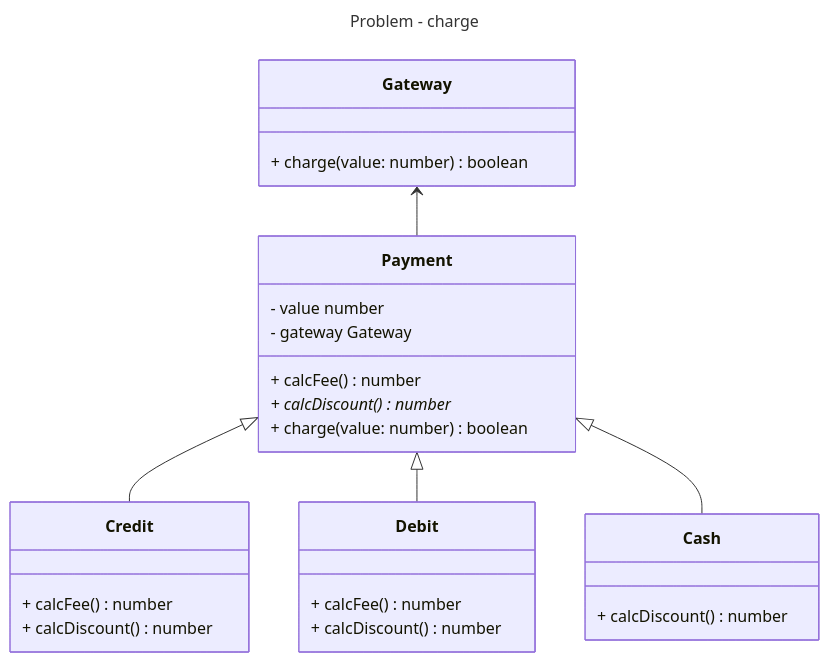
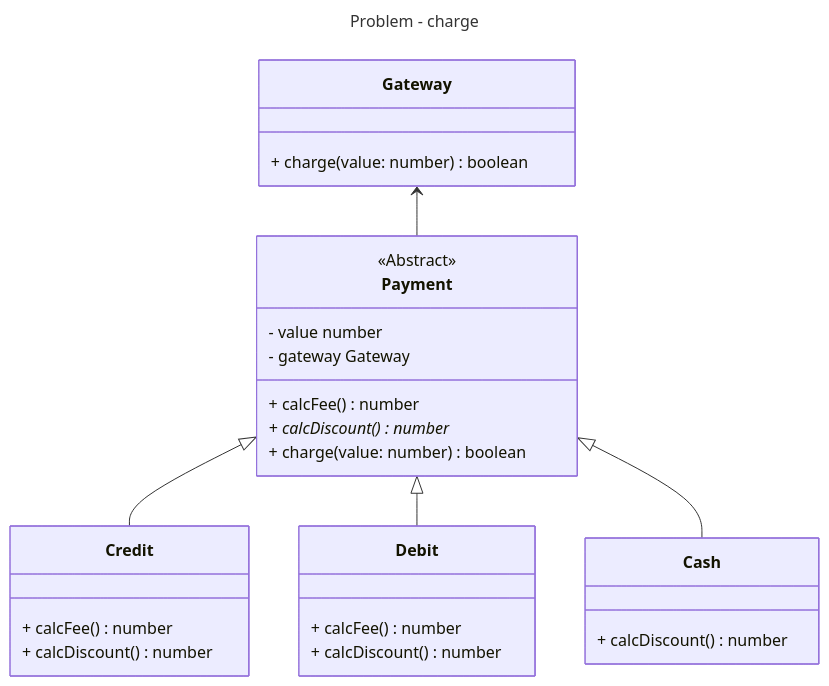
Before and after one commit to mariannactx/design-patterns-ts: the second of 2 diagrams in docs/patterns/behavioral/template-method.md, drawn with Mermaid.

Commit message:
fix template-method docs

````diff
--- a/docs/patterns/behavioral/template-method.md
+++ b/docs/patterns/behavioral/template-method.md
@@ -61,38 +61,39 @@
 ```mermaid
 ---
 title: Problem - charge
 ---
 classDiagram
 direction TB
 
 class Gateway {
   + charge(value: number) boolean
 }
 
 class Payment {
+  <<Abstract>>
   - value number
   - gateway Gateway
   + calcFee() number
   + calcDiscount()* number
   + charge(value: number) boolean
 }
 
 class Credit {
   + calcFee() number
   + calcDiscount() number
 }
 
 class Debit {
   + calcFee() number
   + calcDiscount() number
 }
 
 class Cash {
   + calcDiscount() number
 }
 
 Gateway <-- Payment
 Payment <|-- Credit
 Payment <|-- Debit
 Payment <|-- Cash
 ```
````
